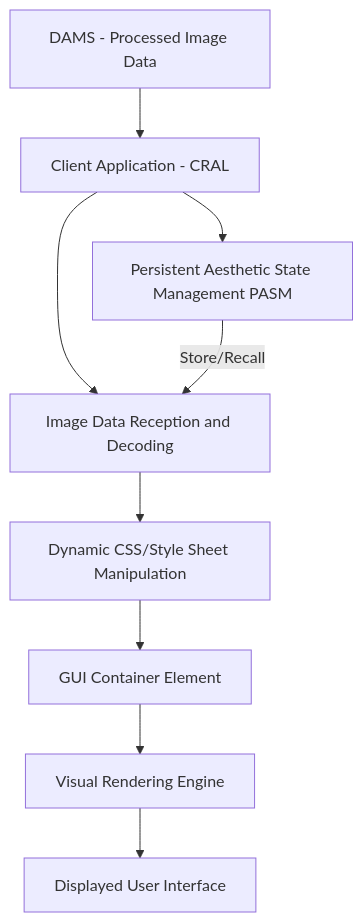
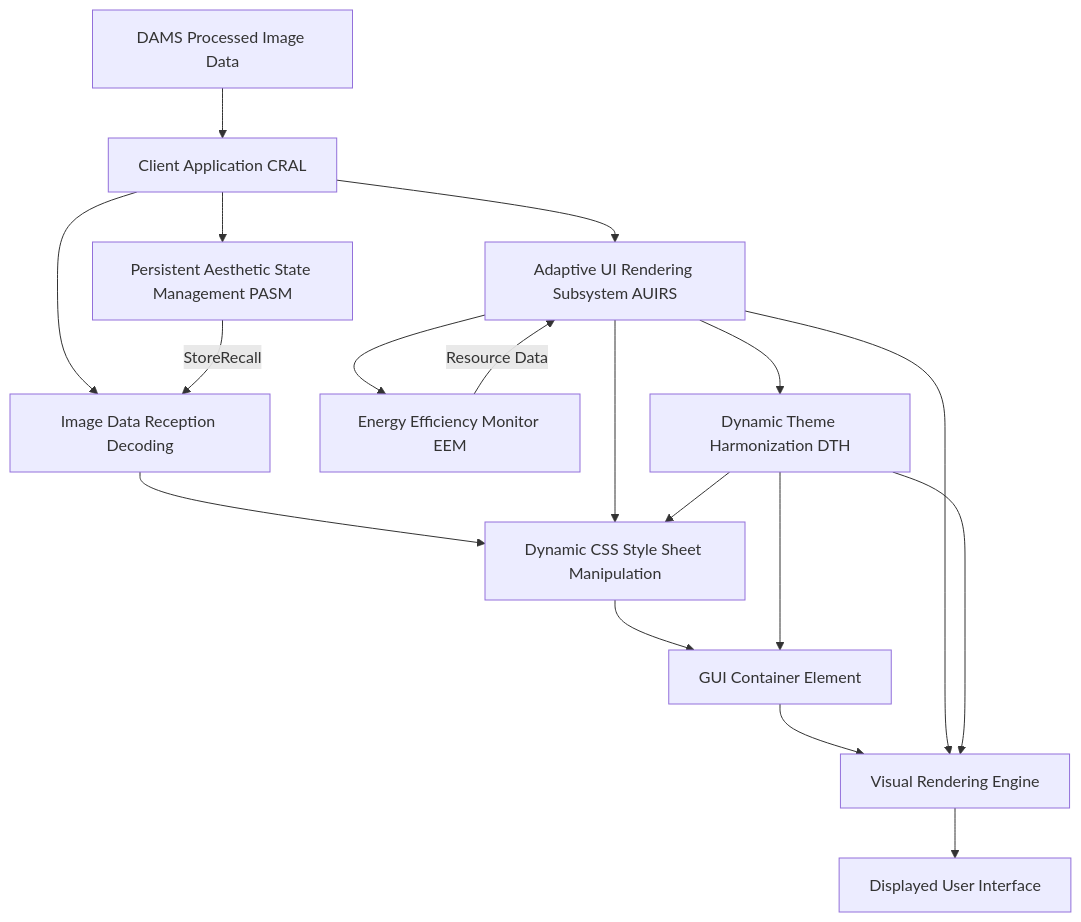
Before and after one commit to diplomat-bit/Citibank_Demo_Business_Inc_Demonstration-: the second of 2 diagrams in inventions/001_generative_ui_background.md, drawn with Mermaid. The commit also changed other lines of this file, not shown here.

````diff
--- a/inventions/001_generative_ui_background.md
+++ b/inventions/001_generative_ui_background.md
@@ -97,11 +132,20 @@
 ```mermaid
 graph TD
-    A[DAMS - Processed Image Data] --> B[Client Application - CRAL]
-    B --> C[Image Data Reception and Decoding]
-    C --> D[Dynamic CSS/Style Sheet Manipulation]
+    A[DAMS Processed Image Data] --> B[Client Application CRAL]
+    B --> C[Image Data Reception Decoding]
+    C --> D[Dynamic CSS Style Sheet Manipulation]
     D --> E[GUI Container Element]
     E --> F[Visual Rendering Engine]
     F --> G[Displayed User Interface]
     B --> H[Persistent Aesthetic State Management PASM]
-    H -- Store/Recall --> C
+    H -- StoreRecall --> C
+    B --> I[Adaptive UI Rendering Subsystem AUIRS]
+    I --> D
+    I --> F
+    I --> J[Energy Efficiency Monitor EEM]
+    J -- Resource Data --> I
+    I --> K[Dynamic Theme Harmonization DTH]
+    K --> D
+    K --> E
+    K --> F
 ```
````
